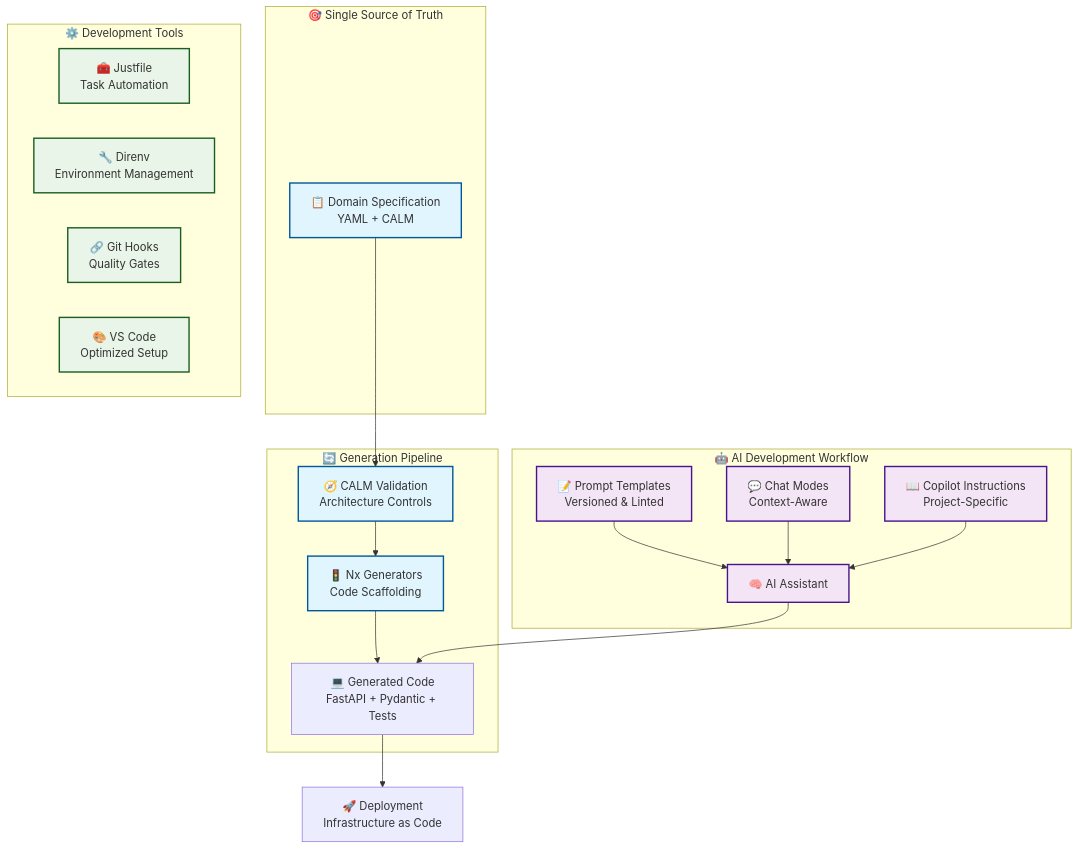
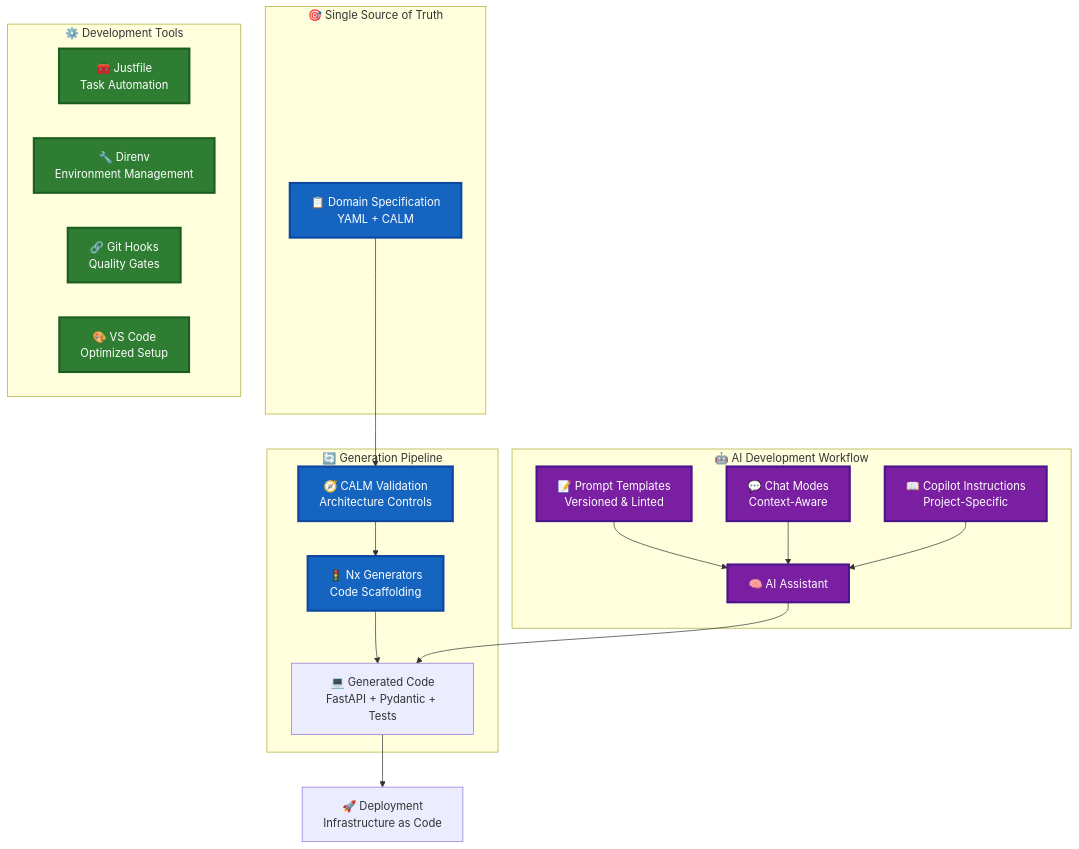
Before and after one commit to GodSpeedAI/VibePDK: the second of 3 diagrams in README.md, drawn with Mermaid. The commit also changed other lines of this file, not shown here.

Commit message:
style: Update diagram colors and class definitions for improved visibility and consistency

````diff
--- a/README.md
+++ b/README.md
@@ -41,40 +41,40 @@
 ```mermaid
 graph TB
     subgraph "🎯 Single Source of Truth"
         SPEC[📋 Domain Specification<br/>YAML + CALM]
     end
 
     subgraph "🔄 Generation Pipeline"
         SPEC --> CALM[🧭 CALM Validation<br/>Architecture Controls]
         CALM --> NX[🚦 Nx Generators<br/>Code Scaffolding]
         NX --> CODE[💻 Generated Code<br/>FastAPI + Pydantic + Tests]
     end
 
     subgraph "🤖 AI Development Workflow"
         PROMPTS[📝 Prompt Templates<br/>Versioned & Linted]
         CHAT[💬 Chat Modes<br/>Context-Aware]
         INSTRUCTIONS[📖 Copilot Instructions<br/>Project-Specific]
 
         PROMPTS --> AI[🧠 AI Assistant]
         CHAT --> AI
         INSTRUCTIONS --> AI
         AI --> CODE
     end
 
     subgraph "⚙️ Development Tools"
         JUST[🧰 Justfile<br/>Task Automation]
         DIRENV[🔧 Direnv<br/>Environment Management]
         HUSKY[🔗 Git Hooks<br/>Quality Gates]
         VSCODE[🎨 VS Code<br/>Optimized Setup]
     end
 
     CODE --> DEPLOY[🚀 Deployment<br/>Infrastructure as Code]
 
-    classDef primary fill:#e1f5fe,stroke:#01579b,stroke-width:2px
-    classDef secondary fill:#f3e5f5,stroke:#4a148c,stroke-width:2px
-    classDef tool fill:#e8f5e8,stroke:#1b5e20,stroke-width:2px
+    classDef primary fill:#1565c0,color:#ffffff,stroke:#0d47a1,stroke-width:3px
+    classDef secondary fill:#7b1fa2,color:#ffffff,stroke:#4a148c,stroke-width:3px
+    classDef tool fill:#2e7d32,color:#ffffff,stroke:#1b5e20,stroke-width:3px
 
     class SPEC,CALM,NX primary
     class PROMPTS,CHAT,INSTRUCTIONS,AI secondary
     class JUST,DIRENV,HUSKY,VSCODE tool
 ```
````
